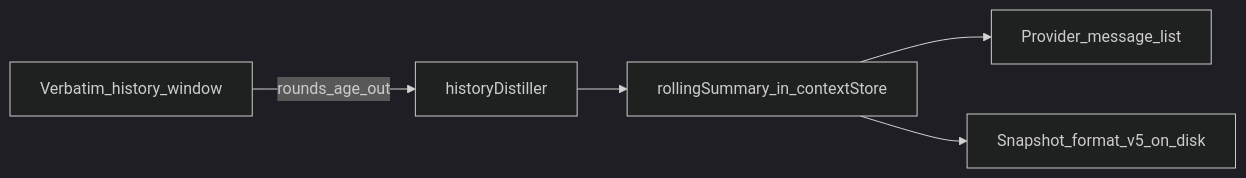
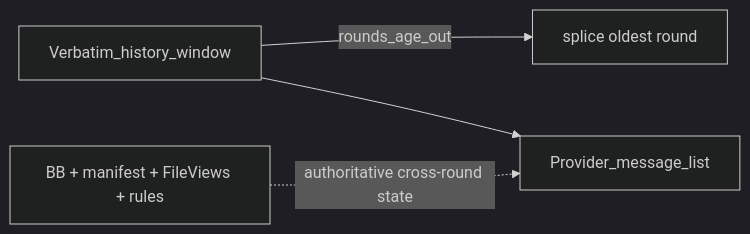
Before and after one commit to madhavok/atls-studio: the diagram in docs/history-compression.md, drawn with Mermaid (dark theme). The commit also changed other lines of this file and 35 other files, not shown here.

First line of the commit message:
refactor(context): strip self-referential batch/tpl noise, recalibrate ASSESS, delete rolling summary

````diff
--- a/docs/history-compression.md
+++ b/docs/history-compression.md
@@ -73,12 +71,10 @@
 ```mermaid
 flowchart LR
   verbatim[Verbatim_history_window]
-  distill[historyDistiller]
-  rsStore[rollingSummary_in_contextStore]
+  evict[splice oldest round]
+  bbFileViewsRules[BB + manifest + FileViews + rules]
   apiHist[Provider_message_list]
-  persist[Snapshot_format_v5_on_disk]
-  verbatim -->|rounds_age_out| distill
-  distill --> rsStore
-  rsStore --> apiHist
-  rsStore --> persist
+  verbatim -->|rounds_age_out| evict
+  verbatim --> apiHist
+  bbFileViewsRules -.->|authoritative cross-round state| apiHist
 ```
````
